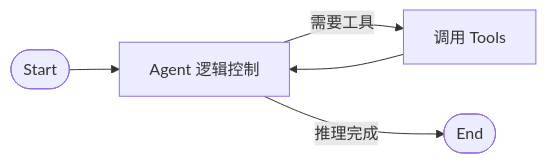
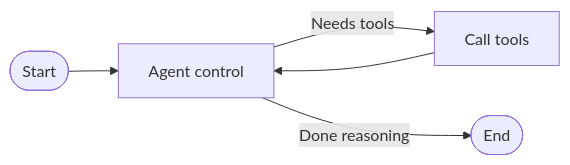
The second of 2 diagrams in content/post/2023-09-06-create-your-own-ai-agent-langgraph.md (yrong/notes), drawn with Mermaid before and after one commit. The commit also changed other lines of this file and 7 other files, not shown here.

````diff
--- a/content/post/2023-09-06-create-your-own-ai-agent-langgraph.md
+++ b/content/post/2023-09-06-create-your-own-ai-agent-langgraph.md
@@ -143,7 +151,7 @@
 ```mermaid
 graph LR
-    __start__([Start]) --> Agent[Agent 逻辑控制]
-    Agent -->|需要工具| Action[调用 Tools]
+    __start__([Start]) --> Agent[Agent control]
+    Agent -->|Needs tools| Action[Call tools]
     Action --> Agent
-    Agent -->|推理完成| __end__([End])
+    Agent -->|Done reasoning| __end__([End])
 ```
````
